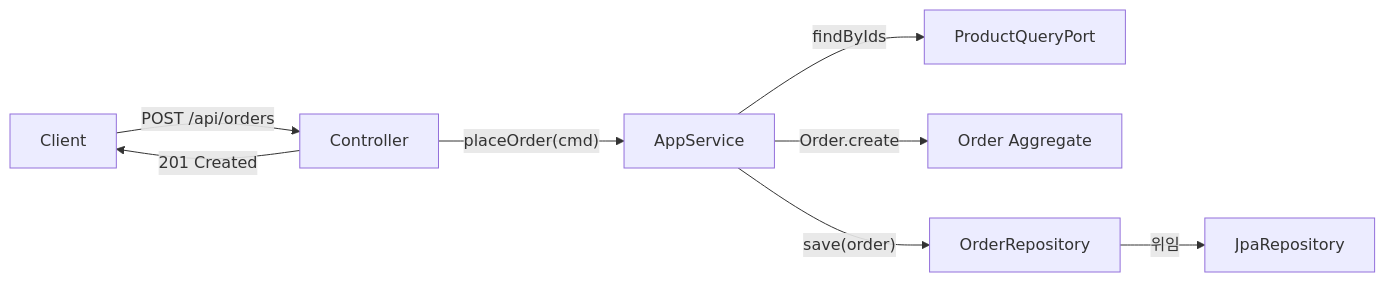
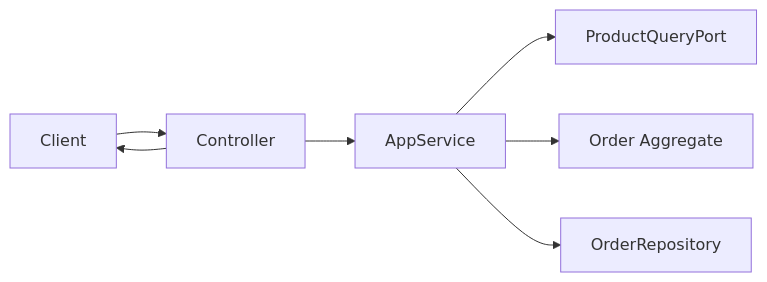
The fifth of 7 diagrams in _posts/architecture/2026-05-12-ddd-hexagonal-deep-dive.md (yjkim2015/yjkim2015.github.io), drawn with Mermaid before and after one commit. The commit also changed other lines of this file and 245 other files, not shown here.

First line of the commit message:
Mermaid 다이어그램 전면 수정 + 면접 포인트 접기/펼치기 + DB 데드락 페이지

````diff
--- a/_posts/architecture/2026-05-12-ddd-hexagonal-deep-dive.md
+++ b/_posts/architecture/2026-05-12-ddd-hexagonal-deep-dive.md
@@ -451,10 +443,9 @@
 ```mermaid
 graph LR
-    CL["Client"] -->|"POST /api/orders"| CT["Controller"]
-    CT -->|"placeOrder(cmd)"| AS["AppService"]
-    AS -->|"findByIds"| PP["ProductQueryPort"]
-    AS -->|"Order.create"| DM["Order Aggregate"]
-    AS -->|"save(order)"| RP["OrderRepository"]
-    RP -->|"위임"| JA["JpaRepository"]
-    CT -->|"201 Created"| CL
+    CL["Client"] --> CT["Controller"]
+    CT --> AS["AppService"]
+    AS --> PP["ProductQueryPort"]
+    AS --> DM["Order Aggregate"]
+    AS --> RP["OrderRepository"]
+    CT --> CL
 ```
````
